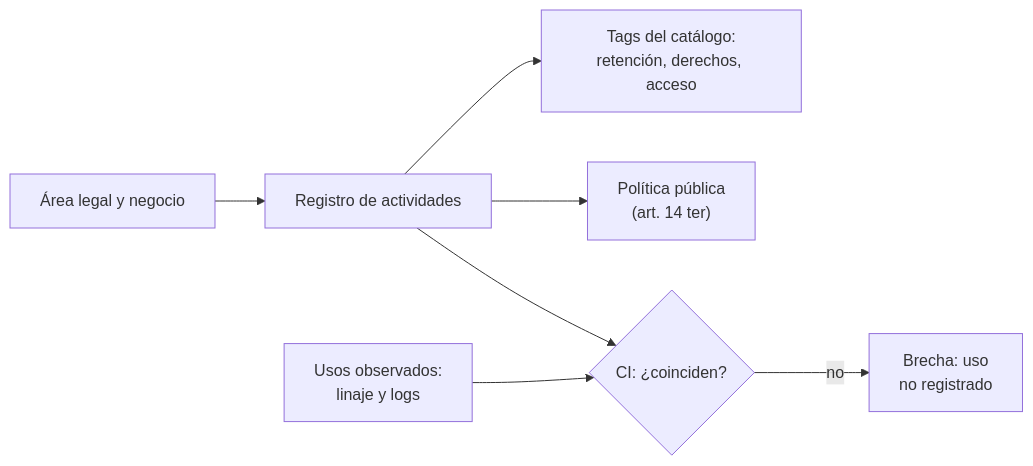
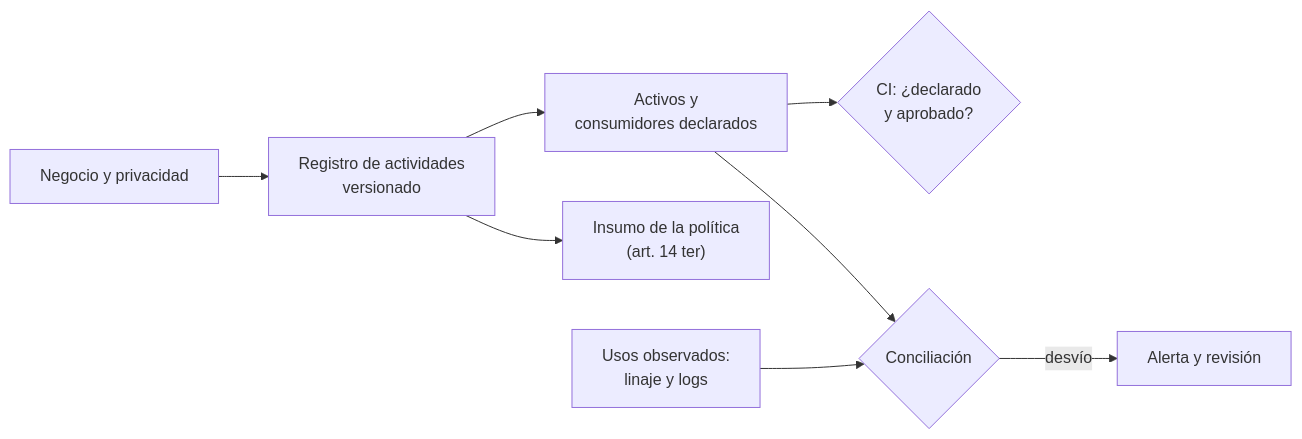
One commit to fcp4891/de-knowledge-hub changed the diagram in content/concepts/processing-activities-inventory.md. Above: the diagram before and after it, drawn with Mermaid. The commit also changed other lines of this file and 1 other file, not shown here.

````diff
--- a/content/concepts/processing-activities-inventory.md
+++ b/content/concepts/processing-activities-inventory.md
@@ -132,9 +167,10 @@
 ```mermaid
 flowchart LR
-  L["Área legal y negocio"] --> R["Registro de actividades"]
-  R --> T["Tags del catálogo:<br/>retención, derechos, acceso"]
-  R --> PO["Política pública<br/>(art. 14 ter)"]
-  U["Usos observados:<br/>linaje y logs"] --> CI{"CI: ¿coinciden?"}
-  R --> CI
-  CI -- "no" --> E["Brecha: uso<br/>no registrado"]
+  L["Negocio y privacidad"] --> R["Registro de actividades<br/>versionado"]
+  R --> V["Activos y<br/>consumidores declarados"]
+  V --> CI{"CI: ¿declarado<br/>y aprobado?"}
+  R --> P["Insumo de la política<br/>(art. 14 ter)"]
+  O["Usos observados:<br/>linaje y logs"] --> C{"Conciliación"}
+  V --> C
+  C -- "desvío" --> A["Alerta y revisión"]
 ```
````
